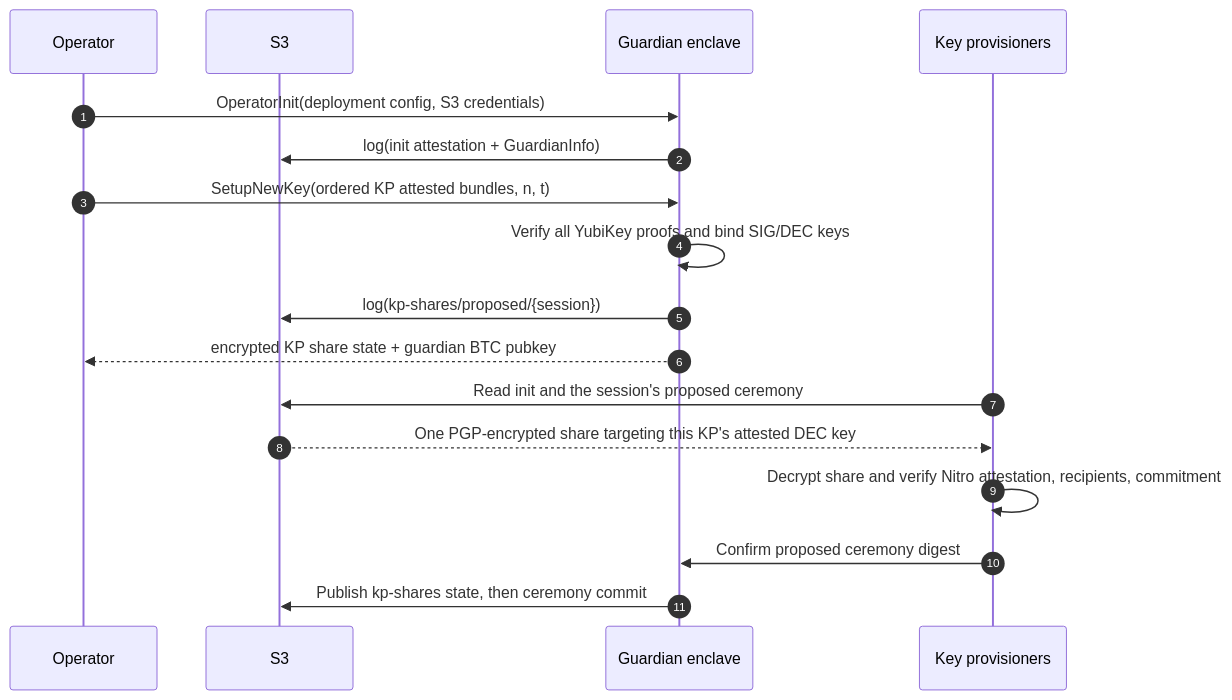
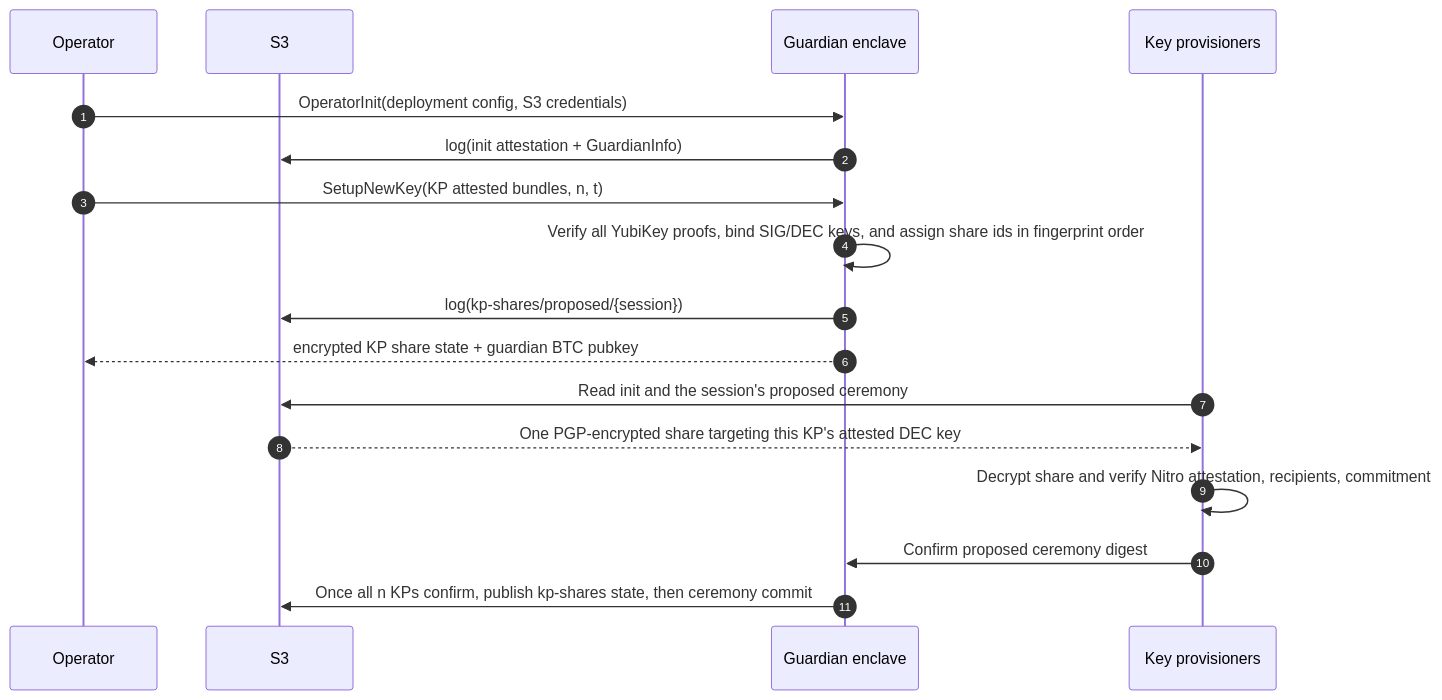
Before and after one commit to MystenLabs/hashi: the first of 4 diagrams in design/docs/guardian.mdx, drawn with Mermaid. The commit also changed other lines of this file and 10 other files, not shown here.

````diff
--- a/design/docs/guardian.mdx
+++ b/design/docs/guardian.mdx
@@ -112,22 +121,22 @@
 ```mermaid
 sequenceDiagram
     autonumber
 
     participant Operator
     participant S3
     participant Guardian as Guardian enclave
     participant KPs as Key provisioners
 
     Operator->>Guardian: OperatorInit(deployment config, S3 credentials)
     Guardian->>S3: log(init attestation + GuardianInfo)
-    Operator->>Guardian: SetupNewKey(ordered KP attested bundles, n, t)
-    Guardian->>Guardian: Verify all YubiKey proofs and bind SIG/DEC keys
+    Operator->>Guardian: SetupNewKey(KP attested bundles, n, t)
+    Guardian->>Guardian: Verify all YubiKey proofs, bind SIG/DEC keys, and assign share ids in fingerprint order
     Guardian->>S3: log(kp-shares/proposed/{session})
     Guardian-->>Operator: encrypted KP share state + guardian BTC pubkey
 
     KPs->>S3: Read init and the session's proposed ceremony
     S3-->>KPs: One PGP-encrypted share targeting this KP's attested DEC key
     KPs->>KPs: Decrypt share and verify Nitro attestation, recipients, commitment
     KPs->>Guardian: Confirm proposed ceremony digest
-    Guardian->>S3: Publish kp-shares state, then ceremony commit
+    Guardian->>S3: Once all n KPs confirm, publish kp-shares state, then ceremony commit
 ```
````
